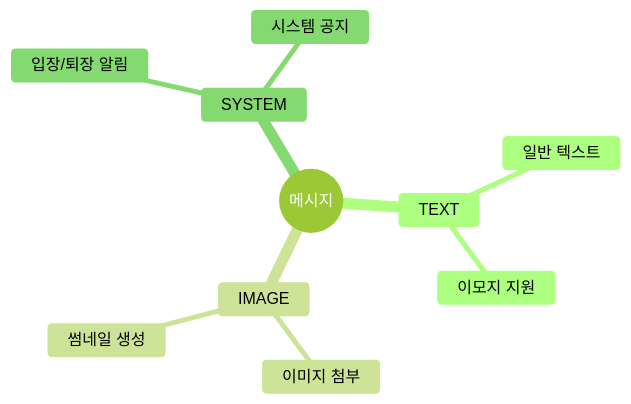
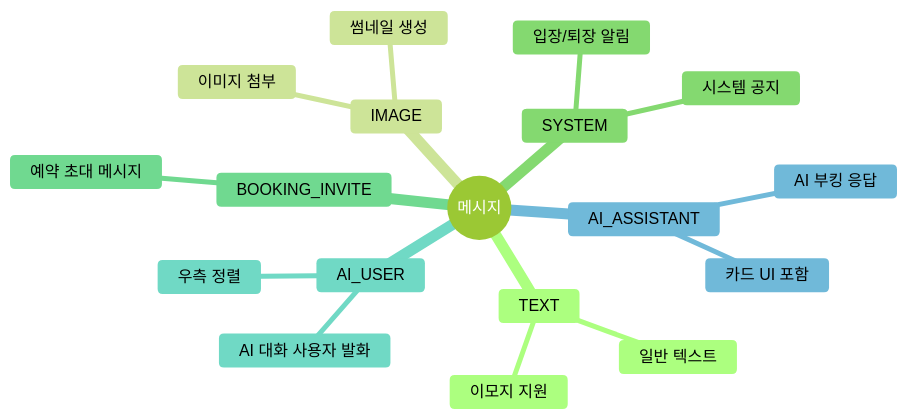
The second of 36 diagrams in docs/workflow/CHAT.md (uniyous/parkgolf-platform), drawn with Mermaid (forest theme) before and after one commit. The commit also changed other lines of this file and 2 other files, not shown here.

First line of the commit message:
fix(user-app-ios): 소켓 토큰 복원 및 재연결 안정화

````diff
--- a/docs/workflow/CHAT.md
+++ b/docs/workflow/CHAT.md
@@ -55,13 +56,21 @@
 ```mermaid
 mindmap
   root((메시지))
     TEXT
       일반 텍스트
       이모지 지원
     IMAGE
       이미지 첨부
       썸네일 생성
     SYSTEM
       입장/퇴장 알림
       시스템 공지
+    BOOKING_INVITE
+      예약 초대 메시지
+    AI_USER
+      AI 대화 사용자 발화
+      우측 정렬
+    AI_ASSISTANT
+      AI 부킹 응답
+      카드 UI 포함
 ```
````
